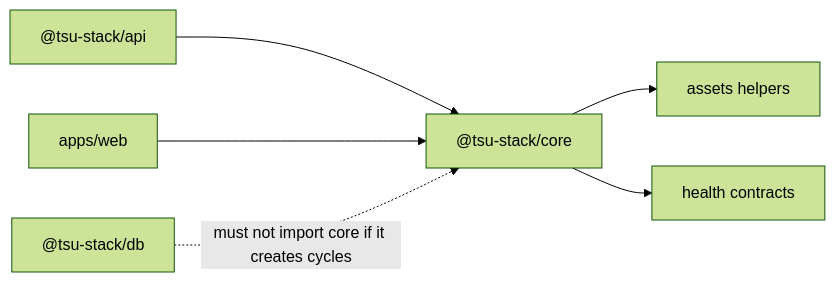
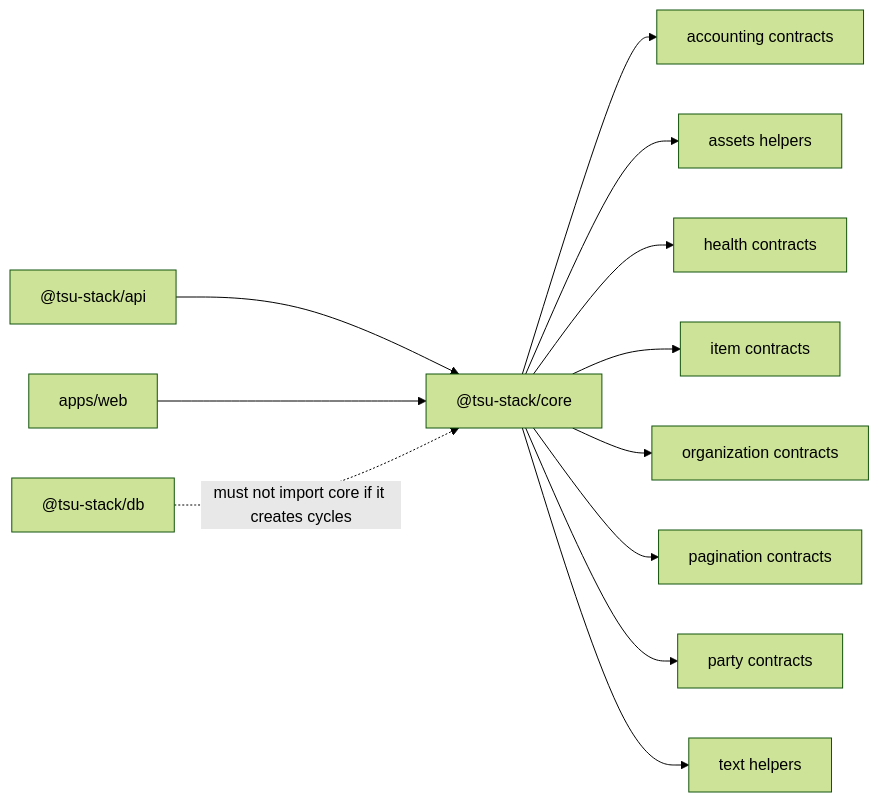
One commit to isherbuilds/edernal-books changed the diagram in packages/core/README.md. Above: the diagram before and after it, drawn with Mermaid (forest theme). The commit also changed other lines of this file and 44 other files, not shown here.

````diff
--- a/packages/core/README.md
+++ b/packages/core/README.md
@@ -15,8 +19,14 @@
 ```mermaid
 flowchart LR
-  Core["@tsu-stack/core"] --> Assets["assets helpers"]
+  Core["@tsu-stack/core"] --> Accounting["accounting contracts"]
+  Core --> Assets["assets helpers"]
   Core --> Health["health contracts"]
+  Core --> Items["item contracts"]
+  Core --> Organizations["organization contracts"]
+  Core --> Pagination["pagination contracts"]
+  Core --> Parties["party contracts"]
+  Core --> Text["text helpers"]
   API["@tsu-stack/api"] --> Core
   Web["apps/web"] --> Core
   DB["@tsu-stack/db"] -. "must not import core if it creates cycles" .-> Core
 ```
````
